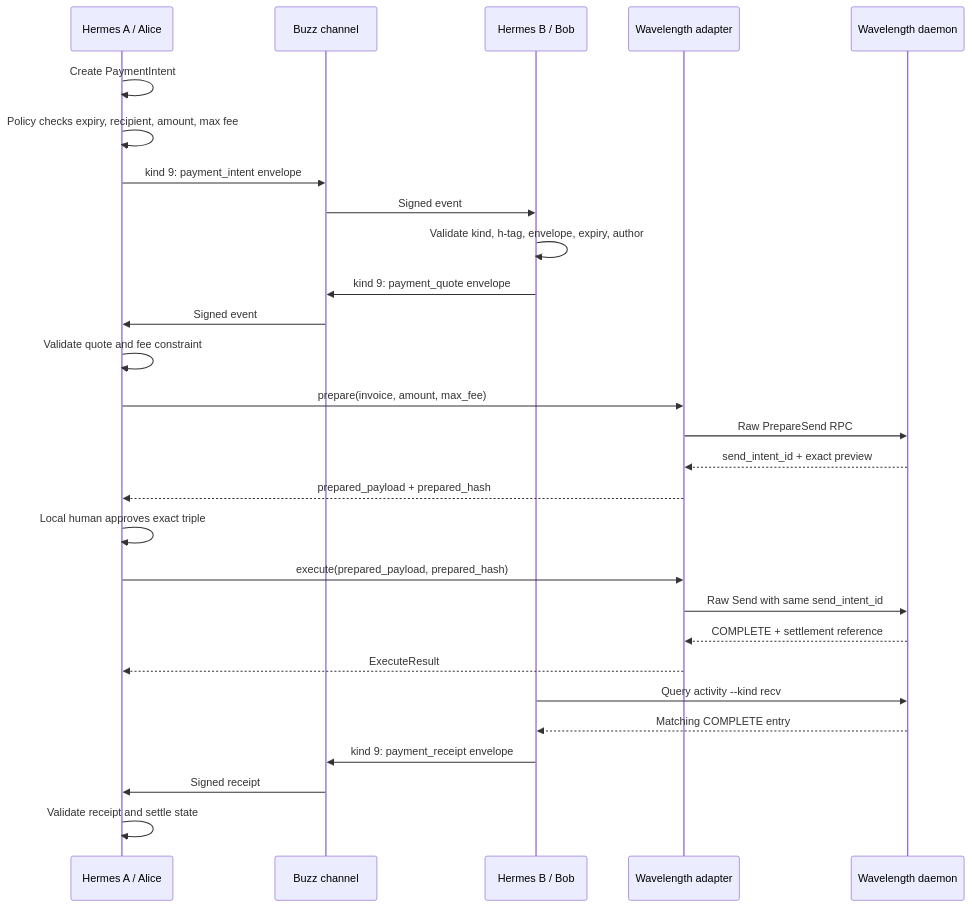
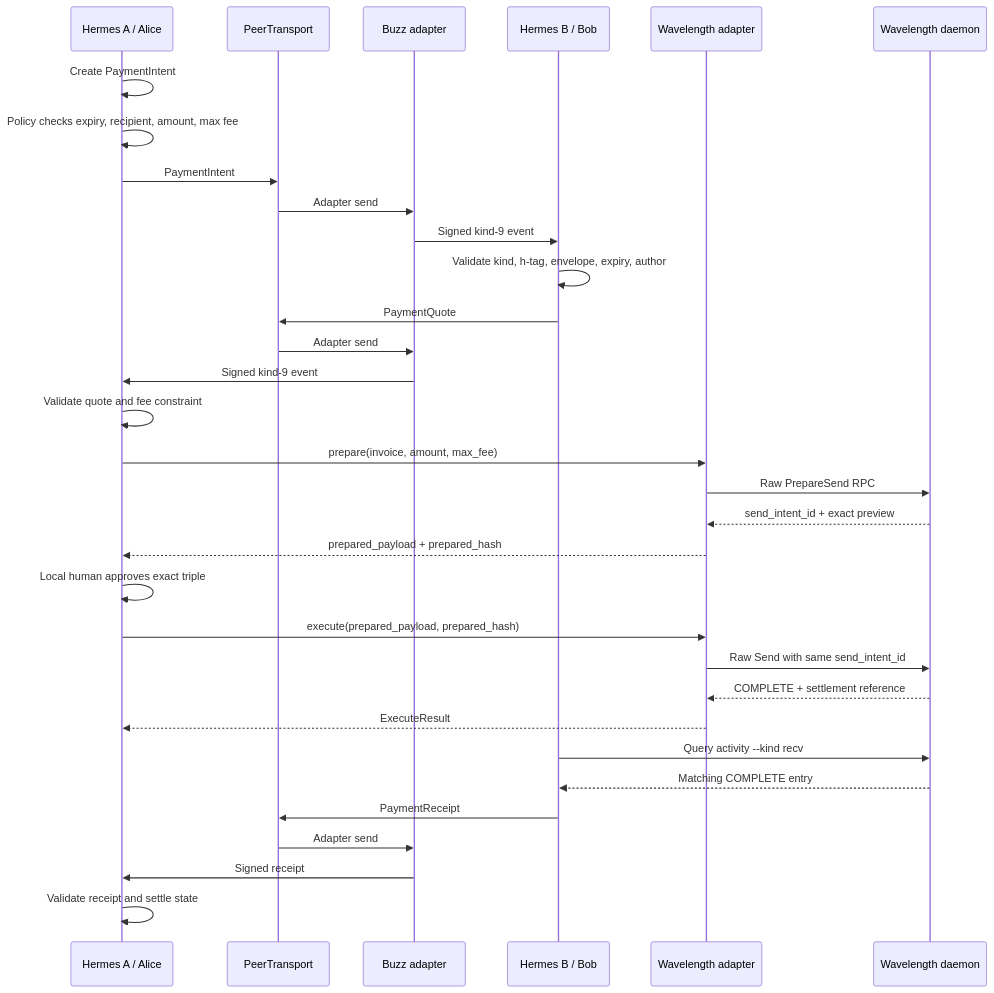
One commit to albidev/hermes-payments changed the first of 5 diagrams in docs/FLOWS.md. Above: the diagram before and after it, drawn with Mermaid. The commit also changed other lines of this file and 21 other files, not shown here.

Commit message:
feat: add transport-neutral Hermes peer flow

````diff
--- a/docs/FLOWS.md
+++ b/docs/FLOWS.md
@@ -7,30 +7,34 @@
 ```mermaid
 sequenceDiagram
     participant A as Hermes A / Alice
-    participant BZ as Buzz channel
+    participant PT as PeerTransport
+    participant BZ as Buzz adapter
     participant B as Hermes B / Bob
     participant W as Wavelength adapter
     participant D as Wavelength daemon
     A->>A: Create PaymentIntent
     A->>A: Policy checks expiry, recipient, amount, max fee
-    A->>BZ: kind 9: payment_intent envelope
-    BZ->>B: Signed event
+    A->>PT: PaymentIntent
+    PT->>BZ: Adapter send
+    BZ->>B: Signed kind-9 event
     B->>B: Validate kind, h-tag, envelope, expiry, author
-    B->>BZ: kind 9: payment_quote envelope
-    BZ->>A: Signed event
+    B->>PT: PaymentQuote
+    PT->>BZ: Adapter send
+    BZ->>A: Signed kind-9 event
     A->>A: Validate quote and fee constraint
     A->>W: prepare(invoice, amount, max_fee)
     W->>D: Raw PrepareSend RPC
     D-->>W: send_intent_id + exact preview
     W-->>A: prepared_payload + prepared_hash
     A->>A: Local human approves exact triple
     A->>W: execute(prepared_payload, prepared_hash)
     W->>D: Raw Send with same send_intent_id
     D-->>W: COMPLETE + settlement reference
     W-->>A: ExecuteResult
     B->>D: Query activity --kind recv
     D-->>B: Matching COMPLETE entry
-    B->>BZ: kind 9: payment_receipt envelope
+    B->>PT: PaymentReceipt
+    PT->>BZ: Adapter send
     BZ->>A: Signed receipt
     A->>A: Validate receipt and settle state
 ```
````
